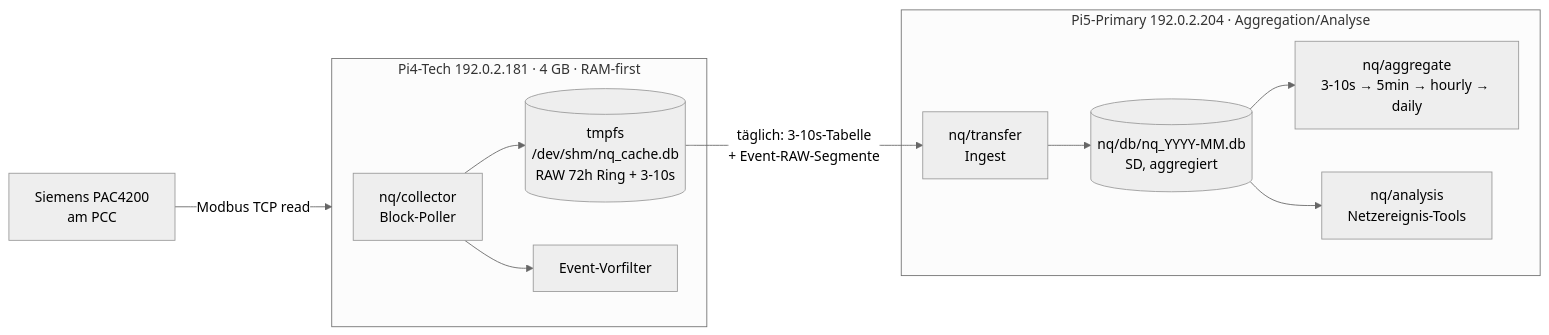
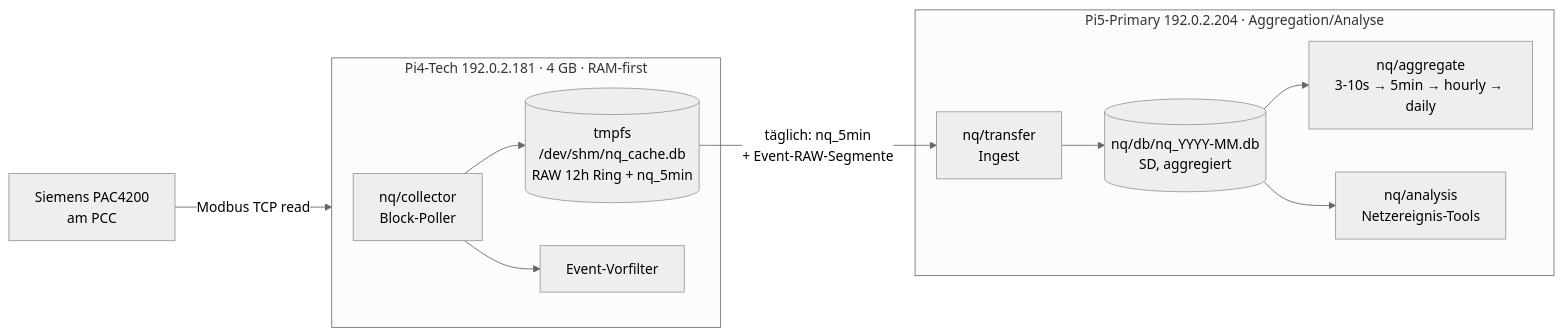
One commit to snejrelhceuk-arch/fronius-pv-monitoring changed the diagram in doc/netzqualitaet/NQ_MODUL.md. Above: the diagram before and after it, drawn with Mermaid (neutral theme). The commit also changed other lines of this file and 1 other file, not shown here.

````diff
--- a/doc/netzqualitaet/NQ_MODUL.md
+++ b/doc/netzqualitaet/NQ_MODUL.md
@@ -26,14 +26,14 @@
 ```mermaid
 flowchart LR
     PAC["Siemens PAC4200<br/>am PCC"] -->|Modbus TCP read| TECH
     subgraph TECH["Pi4-Tech 192.0.2.181 · 4 GB · RAM-first"]
-      POLL["nq/collector<br/>Block-Poller"] --> RAMDB[("tmpfs<br/>/dev/shm/nq_cache.db<br/>RAW 72h Ring + 3-10s")]
+      POLL["nq/collector<br/>Block-Poller"] --> RAMDB[("tmpfs<br/>/dev/shm/nq_cache.db<br/>RAW 12h Ring + nq_5min")]
       POLL --> EVT["Event-Vorfilter"]
     end
-    RAMDB -->|"täglich: 3-10s-Tabelle<br/>+ Event-RAW-Segmente"| INGEST
+    RAMDB -->|"täglich: nq_5min<br/>+ Event-RAW-Segmente"| INGEST
     subgraph PRIM["Pi5-Primary 192.0.2.204 · Aggregation/Analyse"]
       INGEST["nq/transfer<br/>Ingest"] --> NQDB[("nq/db/nq_YYYY-MM.db<br/>SD, aggregiert")]
       NQDB --> AGG["nq/aggregate<br/>3-10s → 5min → hourly → daily"]
       NQDB --> ANA["nq/analysis<br/>Netzereignis-Tools"]
     end
 ```
````
